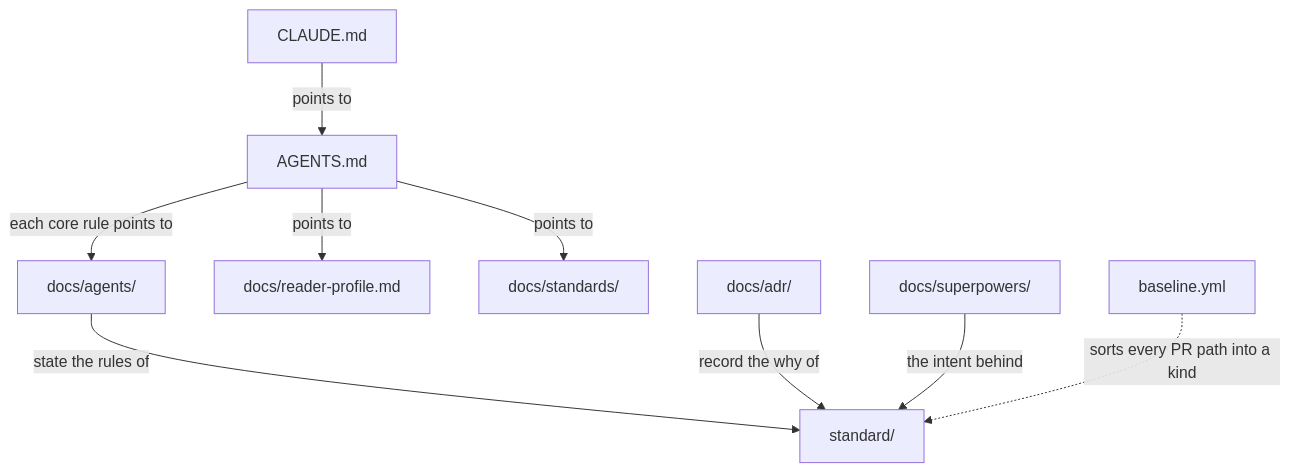
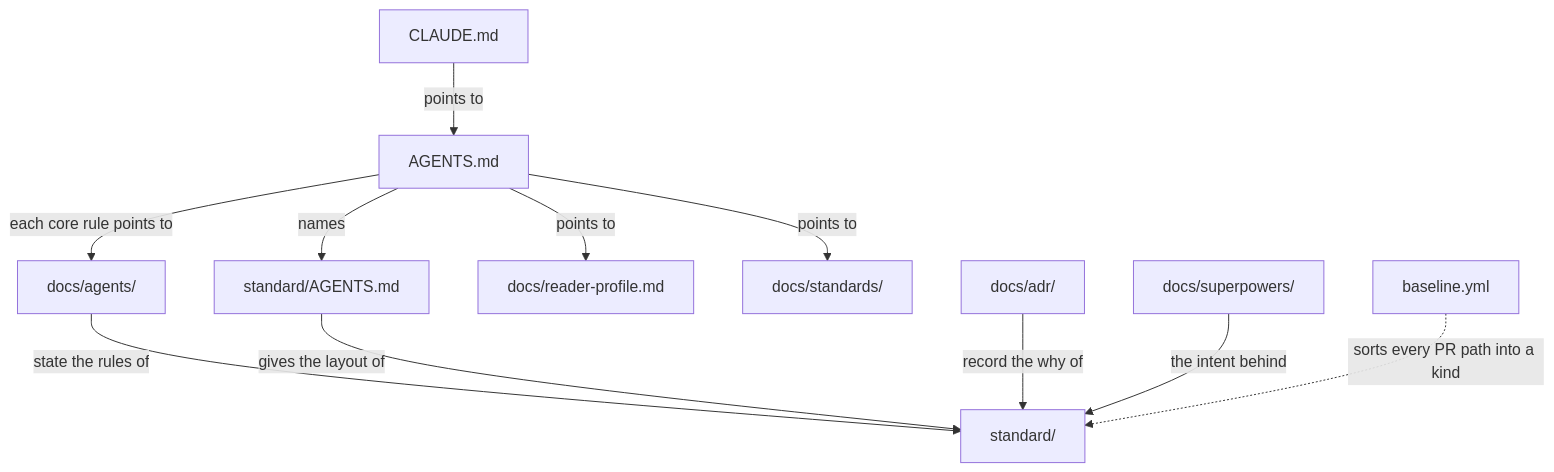
The fourth of 4 diagrams in docs/architecture/01-overview.md (chandanbsd/baseline-framework), drawn with Mermaid before and after one commit. The commit also changed other lines of this file and 31 other files, not shown here.

````diff
--- a/docs/architecture/01-overview.md
+++ b/docs/architecture/01-overview.md
@@ -123,20 +124,23 @@
 ```mermaid
 flowchart TB
     CL["`CLAUDE.md`"]
     AG["`AGENTS.md`"]
     PB["`docs/agents/`"]
     STD["`standard/`"]
+    SAG["`standard/AGENTS.md`"]
     RP["`docs/reader-profile.md`"]
     SF["`docs/standards/`"]
     ADR["`docs/adr/`"]
     SPC["`docs/superpowers/`"]
     BY["`baseline.yml`"]
     CL -->|"points to"| AG
     AG -->|"each core rule points to"| PB
     AG -->|"points to"| RP
     AG -->|"points to"| SF
     PB -->|"state the rules of"| STD
+    AG -->|"names"| SAG
+    SAG -->|"gives the layout of"| STD
     ADR -->|"record the why of"| STD
     SPC -->|"the intent behind"| STD
     BY -. "sorts every PR path into a kind" .-> STD
 ```
````
